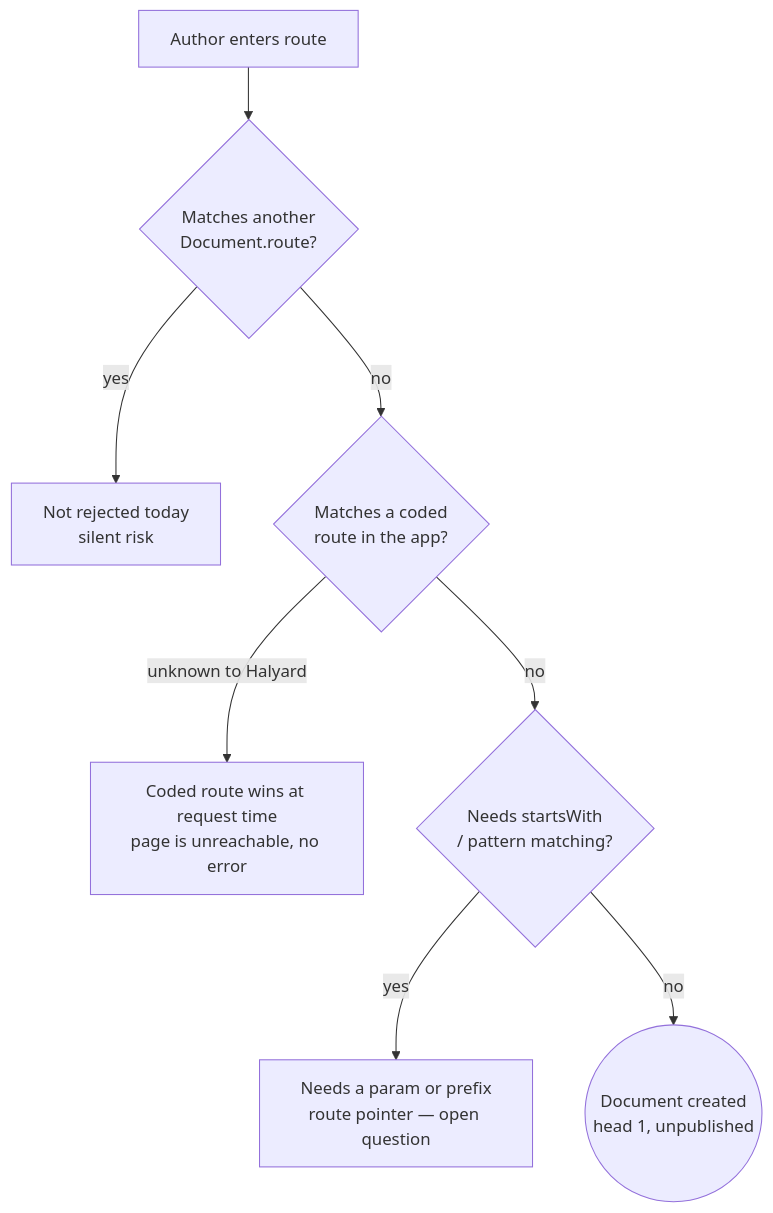
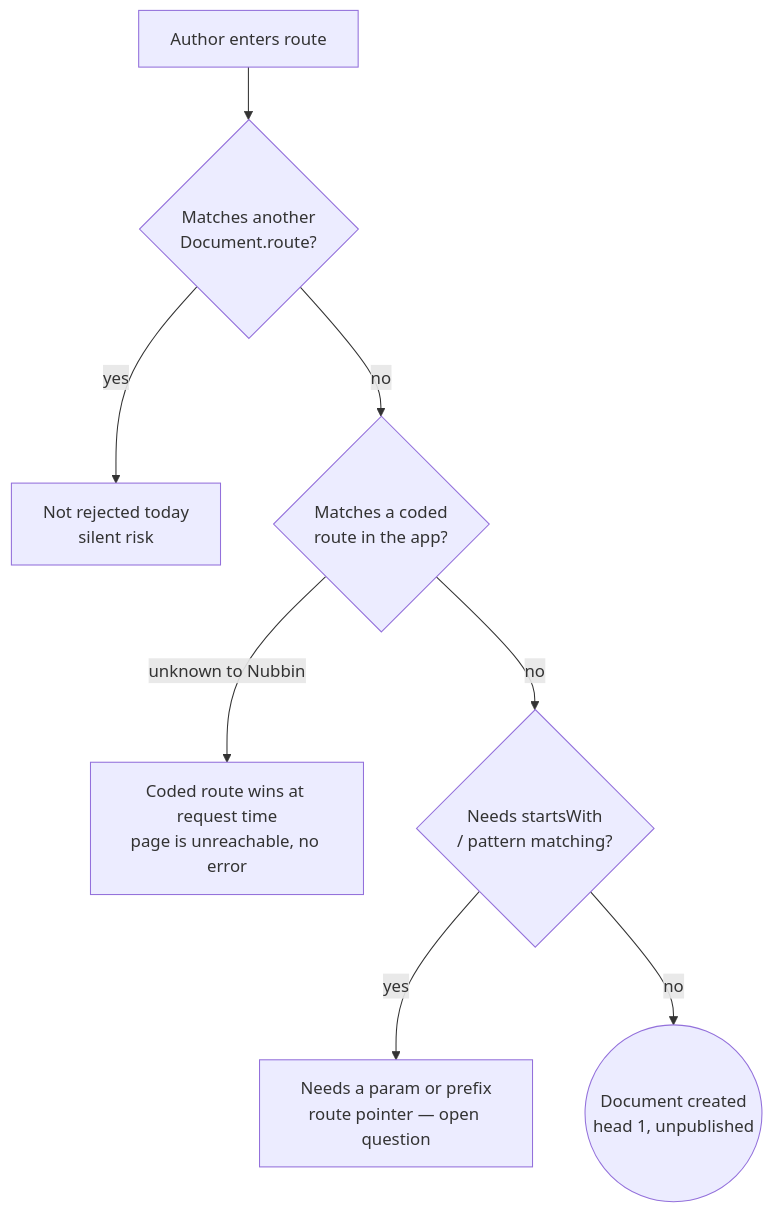
The first of 3 diagrams in authoring-flows.md (effekt/halyard), drawn with Mermaid before and after one commit. The commit also changed other lines of this file and 8 other files, not shown here.

````diff
--- a/authoring-flows.md
+++ b/authoring-flows.md
@@ -44,10 +44,10 @@
 ```mermaid
 flowchart TD
     A["Author enters route"] --> B{"Matches another\nDocument.route?"}
     B -- yes --> C["Not rejected today\nsilent risk"]
     B -- no --> D{"Matches a coded\nroute in the app?"}
-    D -- "unknown to Halyard" --> E["Coded route wins at request time\npage is unreachable, no error"]
+    D -- "unknown to Nubbin" --> E["Coded route wins at request time\npage is unreachable, no error"]
     D -- no --> F{"Needs startsWith\n/ pattern matching?"}
     F -- yes --> G["Needs a param or prefix\nroute pointer — open question"]
     F -- no --> H(("Document created\nhead 1, unpublished"))
 ```
````
